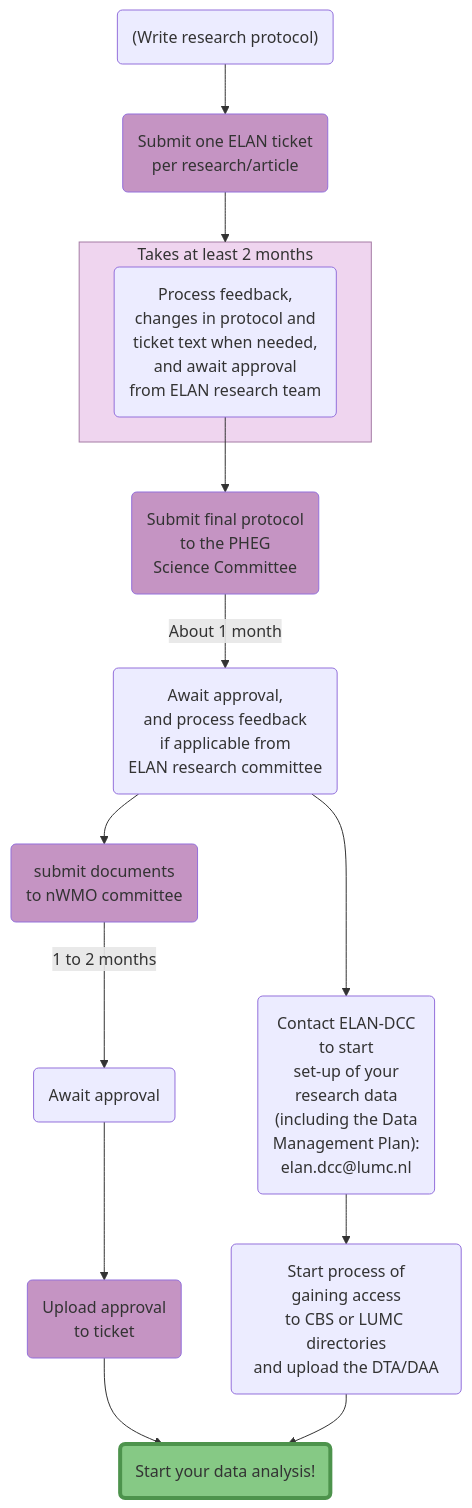
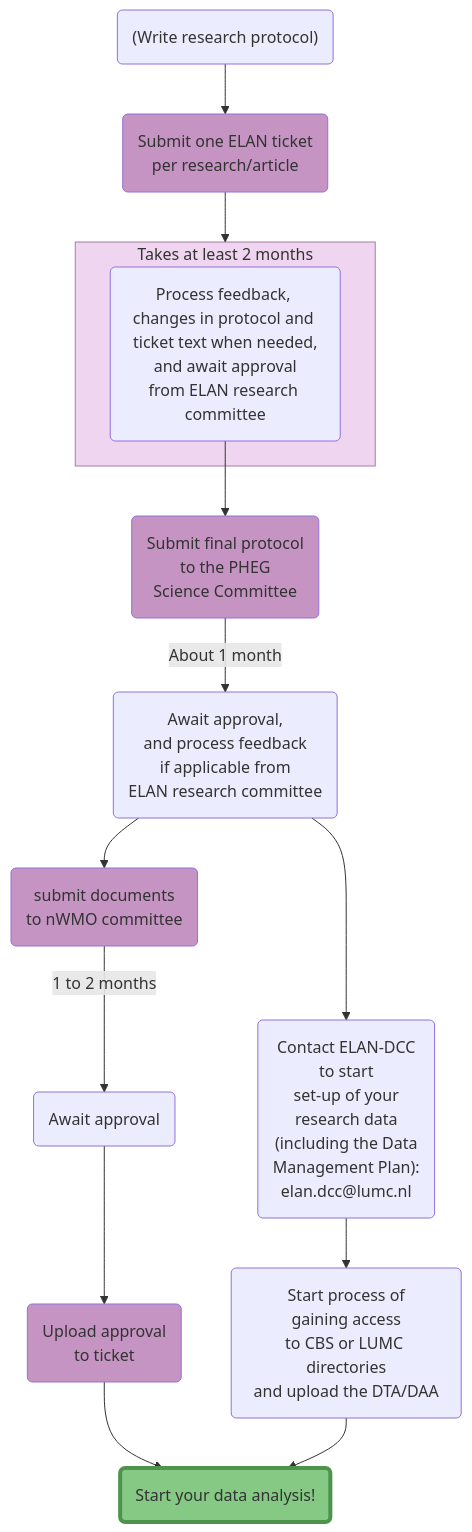
The diagram in charts/flowchart/main.mmd (elan-dcc/elan-dcc.github.io), drawn with Mermaid before and after one commit. The commit also changed 1 other file, not shown here.

Commit message:
update flowchart

```diff
--- a/charts/flowchart/main.mmd
+++ b/charts/flowchart/main.mmd
@@ -1,49 +1,49 @@
 flowchart TD
 id1("(Write research protocol)") --> id2(Submit one ELAN ticket\nper research/article)
 subgraph ticket [Takes at least 2 months]
     id4
 end
 id4(Process feedback, 
 changes in protocol and 
 ticket text when needed,
 and await approval
-from ELAN research team) --> id5
+from ELAN research committee) --> id5
 id5(Submit final protocol
 to the PHEG
 Science Committee) -->|About 1 month| id6
 id6(Await approval,
 and process feedback
 if applicable from
 ELAN research committee) --> id7
 id7(submit documents 
 to nWMO committee) -->|1 to 2 months| id9
 id9(Await approval) --> id10
 id10(Upload approval
 to ticket) --> idend(Start your data analysis!)
 id6 --> id8
 id8("Contact ELAN-DCC
 to start 
 set-up of your 
 research data
 (including the Data
 Management Plan):
 elan.dcc@lumc.nl") --> id11(Start process of
 gaining access
 to CBS or LUMC directories
 and upload the DTA/DAA)
 
 id2 --> ticket
 id11 --> idend
 
 
 style idend fill:#86c985,stroke:#4d934c,stroke-width:4px
 style id2 fill:#c594c3
 style id5 fill:#c594c3
 style id7 fill:#c594c3
 style id10 fill:#c594c3
 
 style ticket fill:#efd5ef, stroke:#a57ca5
 
 click id2 "https://elanresearch.nl" "ELAN research" _blank
 click id5 "https://elan-dcc.github.io/researchers/sciencecommittee" "Science committee"
 click id7 "https://www.metc-ldd.nl/toetsingsprocedures/niet-wmo-en-niet-mdr" "nWMO committee" _blank
```
